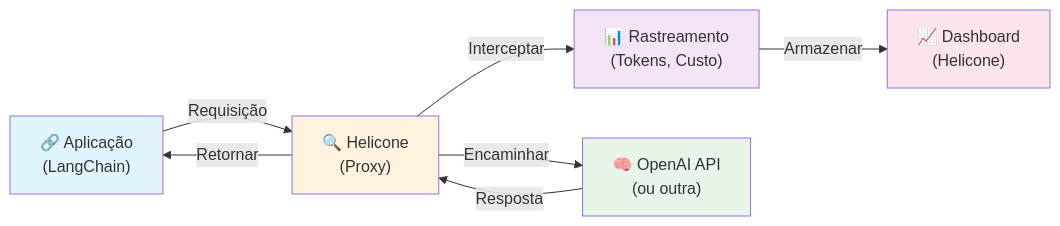
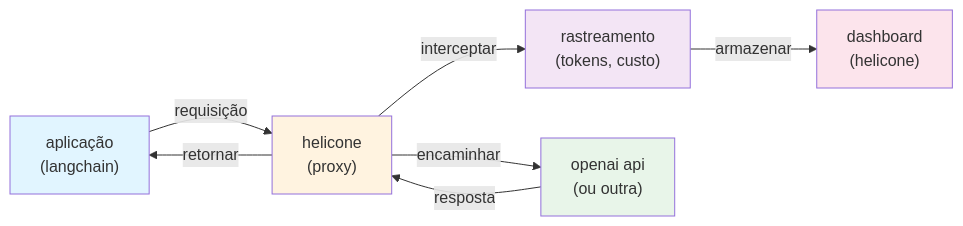
One commit to otavio-lemos/fudAI-se changed the sixth of 11 diagrams in README.md. Above: the diagram before and after it, drawn with Mermaid. The commit also changed other lines of this file and 2 other files, not shown here.

````diff
--- a/README.md
+++ b/README.md
@@ -826,15 +833,15 @@
 ```mermaid
 graph LR
-    A["🔗 Aplicação<br/>(LangChain)"] -->|Requisição| B["🔍 Helicone<br/>(Proxy)"]
-    B -->|Interceptar| C["📊 Rastreamento<br/>(Tokens, Custo)"]
-    B -->|Encaminhar| D["🧠 OpenAI API<br/>(ou outra)"]
-    D -->|Resposta| B
-    B -->|Retornar| A
-    C -->|Armazenar| E["📈 Dashboard<br/>(Helicone)"]
+    a["aplicação<br/>(langchain)"] -->|requisição| b["helicone<br/>(proxy)"]
+    b -->|interceptar| c["rastreamento<br/>(tokens, custo)"]
+    b -->|encaminhar| d["openai api<br/>(ou outra)"]
+    d -->|resposta| b
+    b -->|retornar| a
+    c -->|armazenar| e["dashboard<br/>(helicone)"]
     
-    style A fill:#e1f5ff
-    style B fill:#fff3e0
-    style C fill:#f3e5f5
-    style D fill:#e8f5e9
-    style E fill:#fce4ec
+    style a fill:#e1f5ff
+    style b fill:#fff3e0
+    style c fill:#f3e5f5
+    style d fill:#e8f5e9
+    style e fill:#fce4ec
 ```
````
